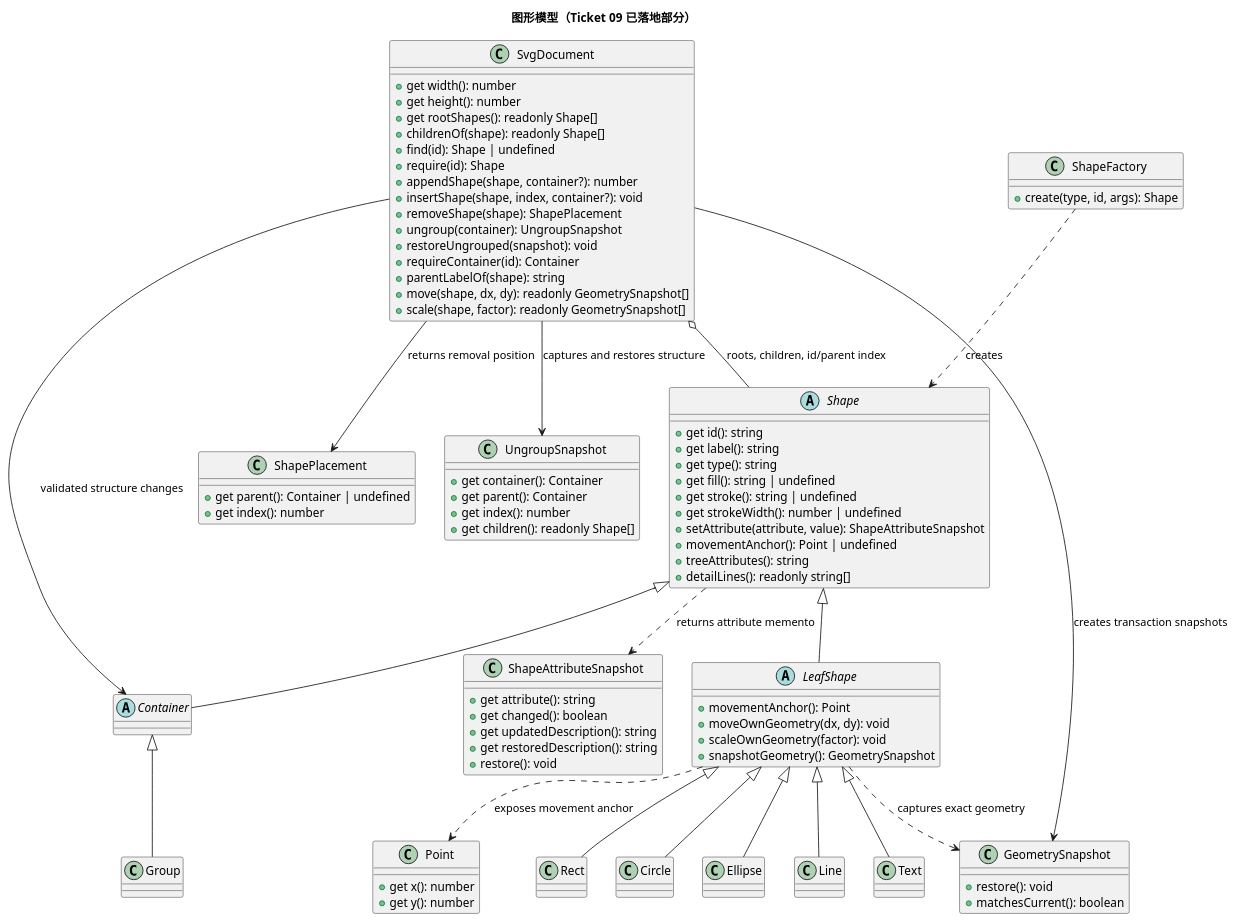
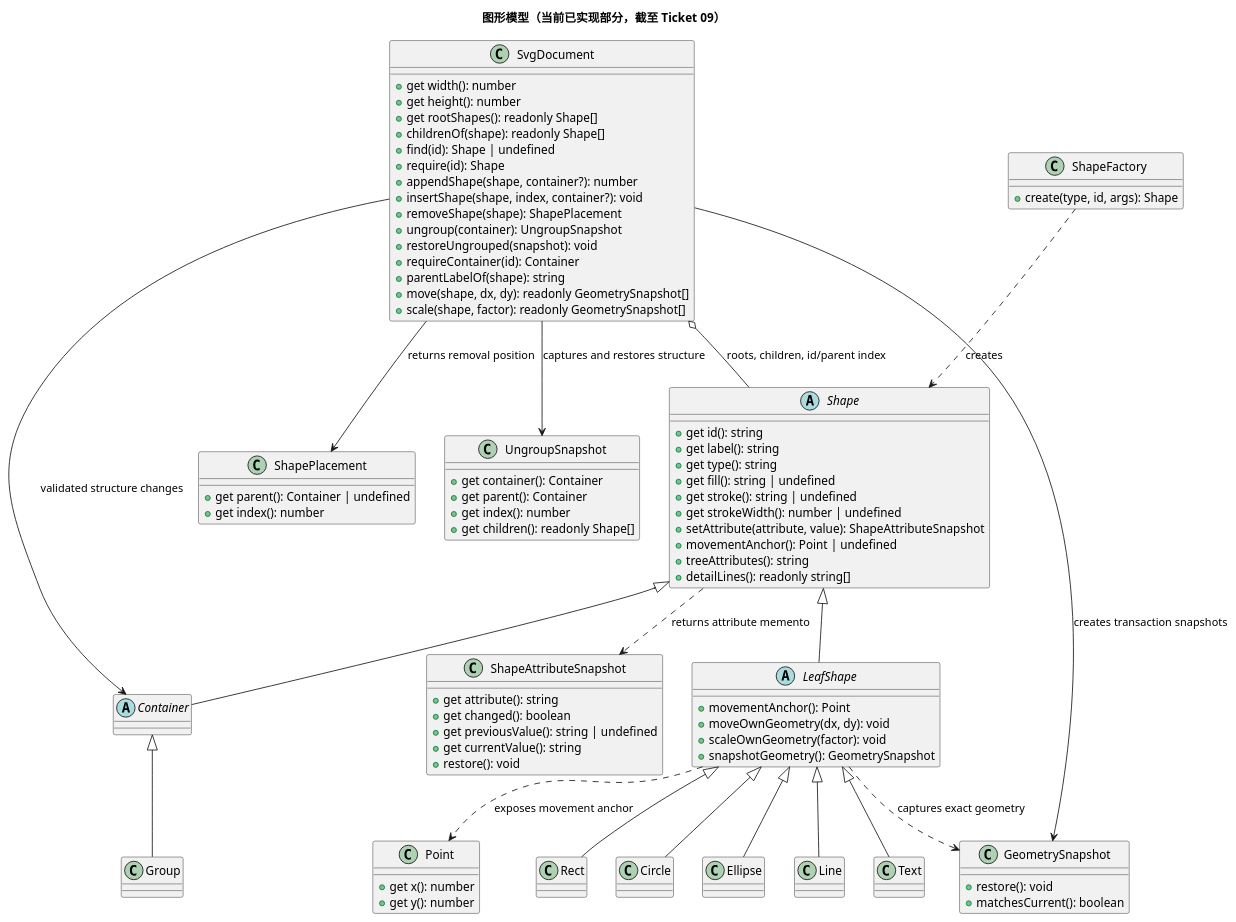
One commit to NQC233/svg-editor-lab1 changed the first of 2 diagrams in doc/class-model.puml. Above: the diagram before and after it, drawn with PlantUML. The commit also changed other lines of this file and 5 other files, not shown here.

```diff
--- a/doc/class-model.puml
+++ b/doc/class-model.puml
@@ -1,101 +1,101 @@
 @startuml
-title 图形模型（Ticket 09 已落地部分）
+title 图形模型（当前已实现部分，截至 Ticket 09）
 
 abstract class Shape {
   +get id(): string
   +get label(): string
   +get type(): string
   +get fill(): string | undefined
   +get stroke(): string | undefined
   +get strokeWidth(): number | undefined
   +setAttribute(attribute, value): ShapeAttributeSnapshot
   +movementAnchor(): Point | undefined
   +treeAttributes(): string
   +detailLines(): readonly string[]
 }
 
 abstract class LeafShape {
   +movementAnchor(): Point
   +moveOwnGeometry(dx, dy): void
   +scaleOwnGeometry(factor): void
   +snapshotGeometry(): GeometrySnapshot
 }
 
 abstract class Container
 
 class Group
 class Rect
 class Circle
 class Ellipse
 class Line
 class Text
 class GeometrySnapshot {
   +restore(): void
   +matchesCurrent(): boolean
 }
 
 class ShapeAttributeSnapshot {
   +get attribute(): string
   +get changed(): boolean
-  +get updatedDescription(): string
-  +get restoredDescription(): string
+  +get previousValue(): string | undefined
+  +get currentValue(): string
   +restore(): void
 }
 
 class Point {
   +get x(): number
   +get y(): number
 }
 
 class ShapePlacement {
   +get parent(): Container | undefined
   +get index(): number
 }
 
 class UngroupSnapshot {
   +get container(): Container
   +get parent(): Container
   +get index(): number
   +get children(): readonly Shape[]
 }
 
 class SvgDocument {
   +get width(): number
   +get height(): number
   +get rootShapes(): readonly Shape[]
   +childrenOf(shape): readonly Shape[]
   +find(id): Shape | undefined
   +require(id): Shape
   +appendShape(shape, container?): number
   +insertShape(shape, index, container?): void
   +removeShape(shape): ShapePlacement
   +ungroup(container): UngroupSnapshot
   +restoreUngrouped(snapshot): void
   +requireContainer(id): Container
   +parentLabelOf(shape): string
   +move(shape, dx, dy): readonly GeometrySnapshot[]
   +scale(shape, factor): readonly GeometrySnapshot[]
 }
 
 class ShapeFactory {
   +create(type, id, args): Shape
 }
 
 Shape <|-- LeafShape
 Shape <|-- Container
 Container <|-- Group
 LeafShape <|-- Rect
 LeafShape <|-- Circle
 LeafShape <|-- Ellipse
 LeafShape <|-- Line
 LeafShape <|-- Text
 SvgDocument o-- Shape : roots, children, id/parent index
 SvgDocument --> Container : validated structure changes
 SvgDocument --> GeometrySnapshot : creates transaction snapshots
 SvgDocument --> ShapePlacement : returns removal position
 SvgDocument --> UngroupSnapshot : captures and restores structure
 LeafShape ..> GeometrySnapshot : captures exact geometry
 LeafShape ..> Point : exposes movement anchor
 ShapeFactory ..> Shape : creates
 Shape ..> ShapeAttributeSnapshot : returns attribute memento
 @enduml
```
